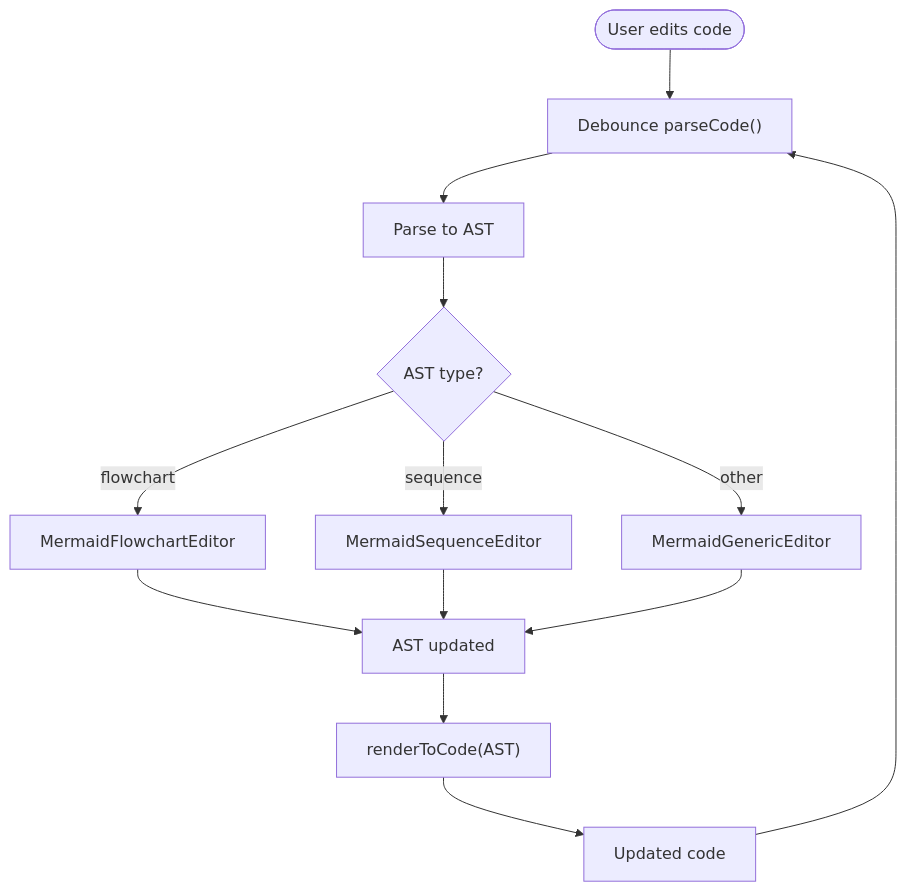
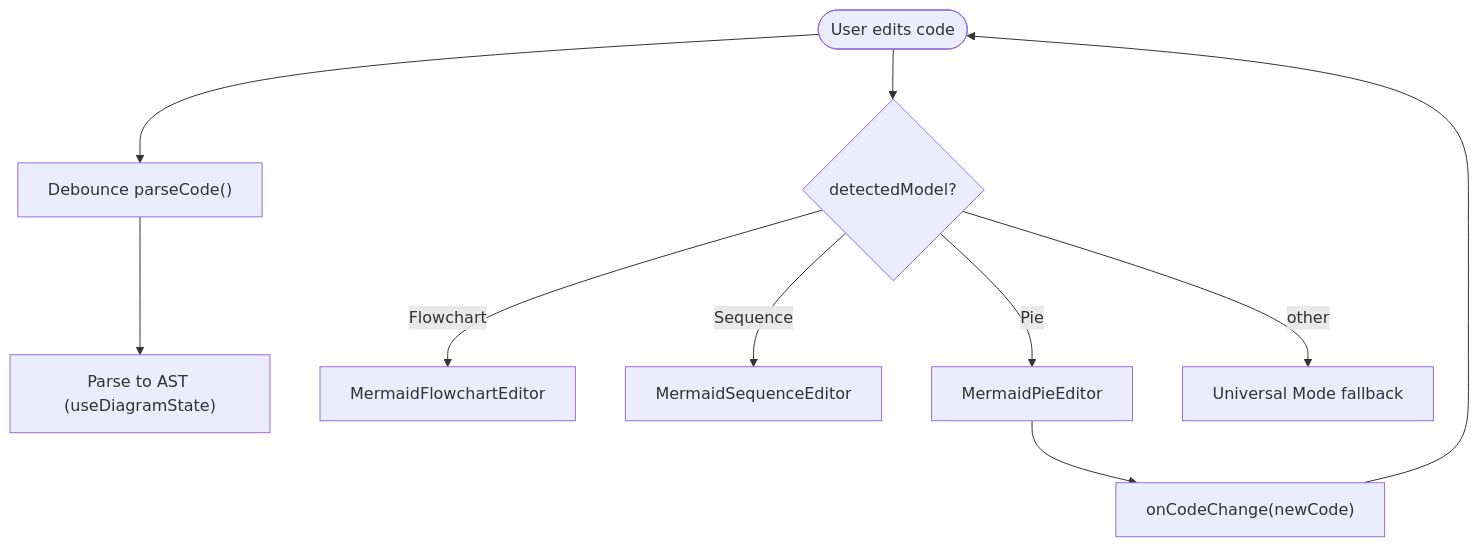
Before and after one commit to ongchonghian/universal-diagram-editor: the sixth of 9 diagrams in .qoder/repowiki/en/content/Editor Architecture/Editor Architecture.md, drawn with Mermaid. The commit also changed other lines of this file and 31 other files, not shown here.

````diff
--- a/.qoder/repowiki/en/content/Editor Architecture/Editor Architecture.md
+++ b/.qoder/repowiki/en/content/Editor Architecture/Editor Architecture.md
@@ -257,15 +239,12 @@
 ```mermaid
 flowchart TD
 Start(["User edits code"]) --> Debounce["Debounce parseCode()"]
-Debounce --> Parse["Parse to AST"]
-Parse --> Route{"AST type?"}
-Route --> |flowchart| FCE["MermaidFlowchartEditor"]
-Route --> |sequence| MSE["MermaidSequenceEditor"]
-Route --> |other| MGE["MermaidGenericEditor"]
-FCE --> AST["AST updated"]
-MSE --> AST
-MGE --> AST
-AST --> Render["renderToCode(AST)"]
-Render --> Code["Updated code"]
-Code --> Debounce
+Debounce --> Parse["Parse to AST (useDiagramState)"]
+Start --> Route{"detectedModel?"}
+Route --> |Flowchart| FCE["MermaidFlowchartEditor"]
+Route --> |Sequence| MSE["MermaidSequenceEditor"]
+Route --> |Pie| PIE["MermaidPieEditor"]
+Route --> |other| MGE["Universal Mode fallback"]
+PIE --> Code["onCodeChange(newCode)"]
+Code --> Start
 ```
````
